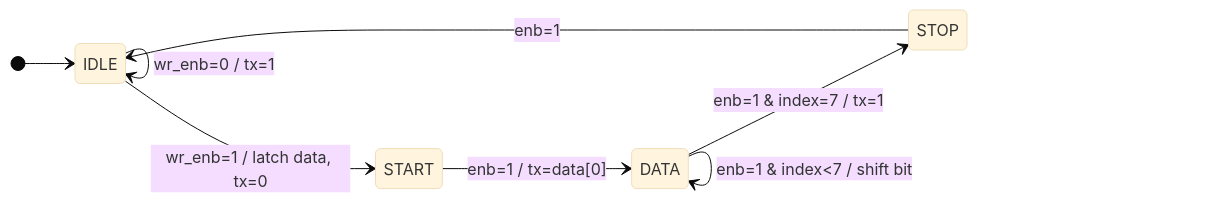
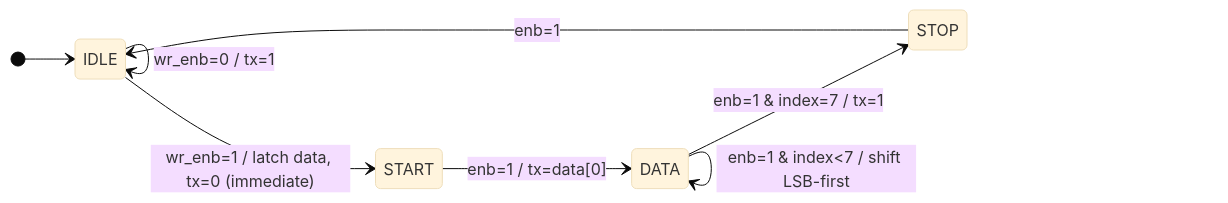
Before and after one commit to ChallagollaSriPranathi/UART_Protocol: the first of 2 diagrams in README.md, drawn with Mermaid (base theme). The commit also changed other lines of this file, not shown here.

````diff
--- a/README.md
+++ b/README.md
@@ -87,11 +92,11 @@
 ```mermaid
 stateDiagram-v2
     direction LR
     [*] --> IDLE
     IDLE --> IDLE : wr_enb=0 / tx=1
-    IDLE --> START : wr_enb=1 / latch data, tx=0
+    IDLE --> START : wr_enb=1 / latch data, tx=0 (immediate)
     START --> DATA : enb=1 / tx=data[0]
-    DATA --> DATA : enb=1 & index<7 / shift bit
+    DATA --> DATA : enb=1 & index<7 / shift LSB-first
     DATA --> STOP : enb=1 & index=7 / tx=1
     STOP --> IDLE : enb=1
 ```
````
